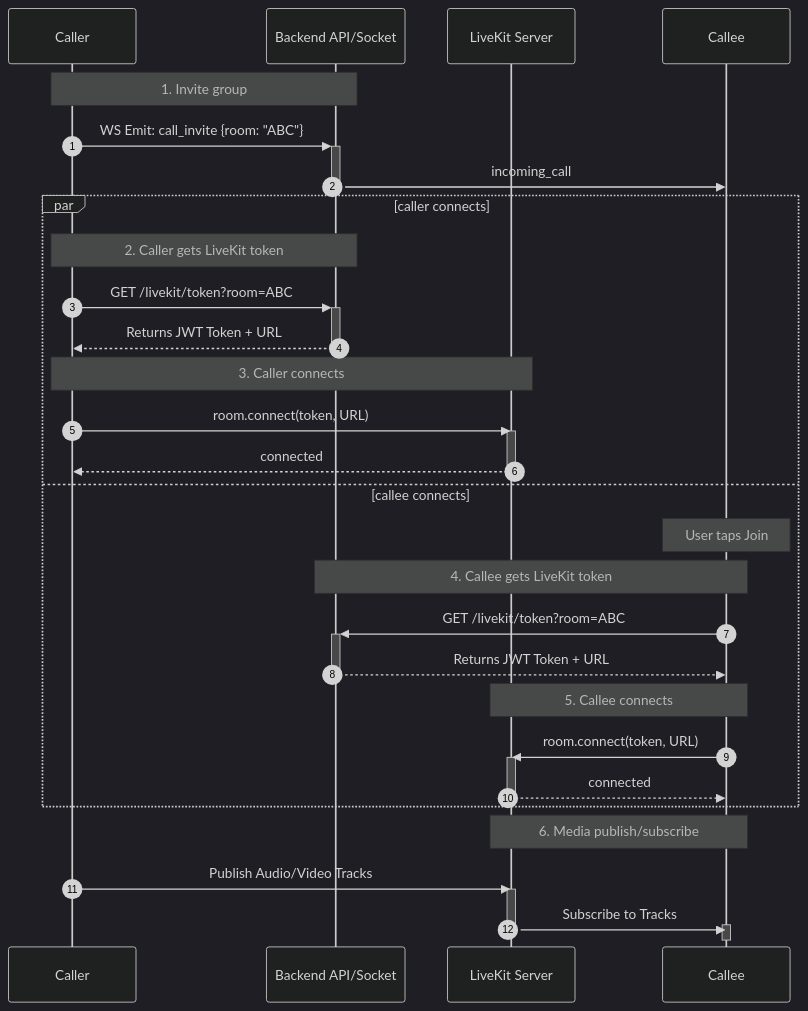
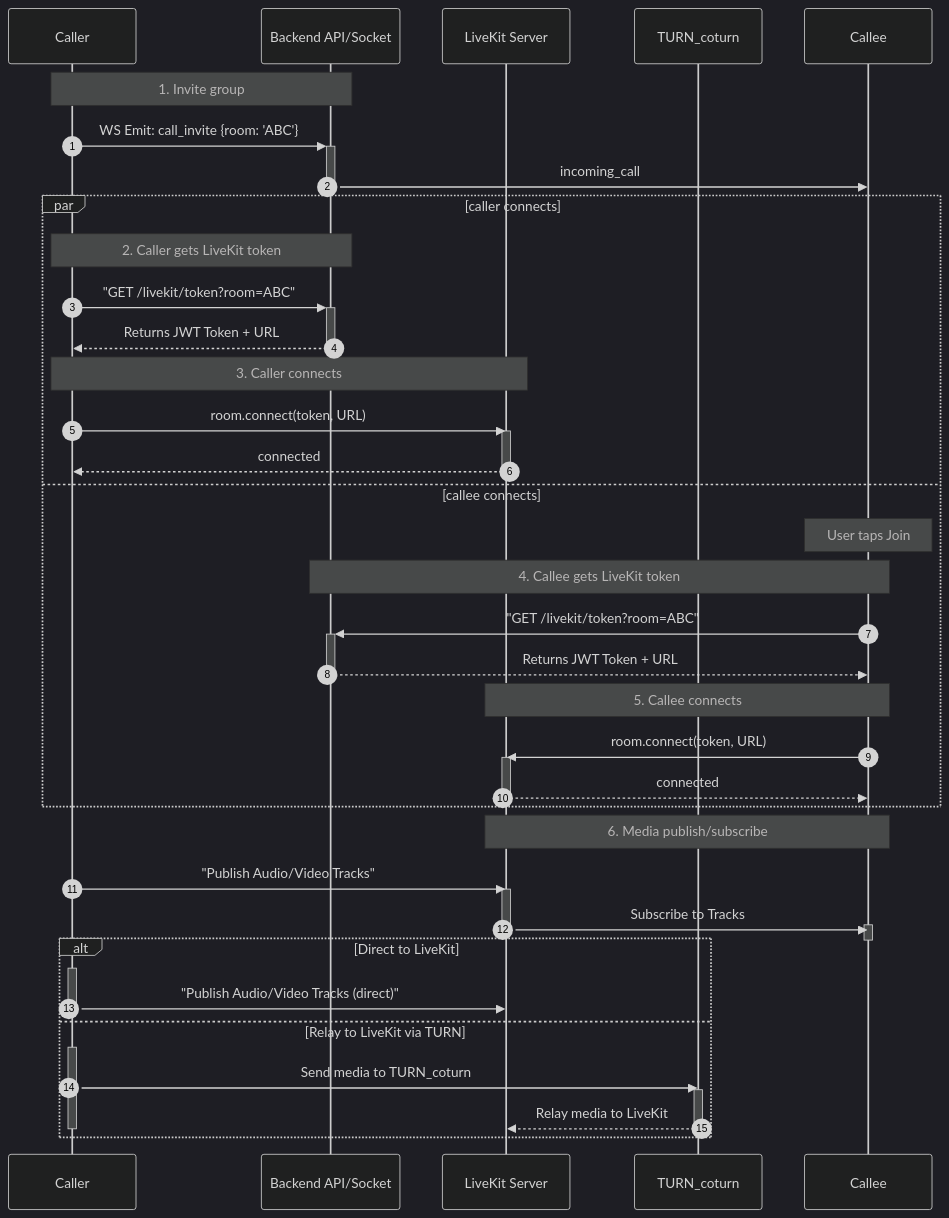
Before and after one commit to dinhhoang235/Chat-App: the second of 3 diagrams in docs/calls.md, drawn with Mermaid (dark theme). The commit also changed other lines of this file, not shown here.

Commit message:
docs: enhance calls documentation with detailed descriptions of STUN/TURN usage and connection flows

````diff
--- a/docs/calls.md
+++ b/docs/calls.md
@@ -83,44 +101,58 @@
 ```mermaid
 sequenceDiagram
   autonumber
   participant Caller
   participant S as Backend API/Socket
   participant LK as LiveKit Server 
+  participant T as TURN_coturn
   participant Callee
 
   Note over Caller,S: 1. Invite group
-  Caller->>+S: WS Emit: call_invite {room: "ABC"}
+  Caller->>+S: WS Emit: call_invite {room: 'ABC'}
   S->>Callee: incoming_call
   deactivate S
 
   par caller connects
     Note over Caller,S: 2. Caller gets LiveKit token
-    Caller->>+S: GET /livekit/token?room=ABC
+    Caller->>+S: "GET /livekit/token?room=ABC"
     S-->>Caller: Returns JWT Token + URL
     deactivate S
     Note over Caller,LK: 3. Caller connects
     Caller->>LK: room.connect(token, URL)
     activate LK
     LK-->>Caller: connected
     deactivate LK
   and callee connects
     Note over Callee: User taps Join
     Note over Callee,S: 4. Callee gets LiveKit token
-    Callee->>+S: GET /livekit/token?room=ABC
+    Callee->>+S: "GET /livekit/token?room=ABC"
     S-->>Callee: Returns JWT Token + URL
     deactivate S
     Note over Callee,LK: 5. Callee connects
     Callee->>LK: room.connect(token, URL)
     activate LK
     LK-->>Callee: connected
     deactivate LK
   end
 
   Note over LK,Callee: 6. Media publish/subscribe
-  Caller->>LK: Publish Audio/Video Tracks
+  Caller->>LK: "Publish Audio/Video Tracks"
   activate LK
   LK->>Callee: Subscribe to Tracks
   activate Callee
   deactivate Callee
   deactivate LK
+
+  alt Direct to LiveKit
+    activate Caller
+    Caller->>LK: "Publish Audio/Video Tracks (direct)"
+    deactivate Caller
+  else Relay to LiveKit via TURN
+    activate Caller
+    Caller->>T: Send media to TURN_coturn
+    activate T
+    T-->>LK: Relay media to LiveKit
+    deactivate T
+    deactivate Caller
+  end
 ```
````
